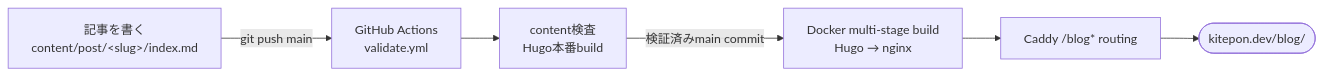
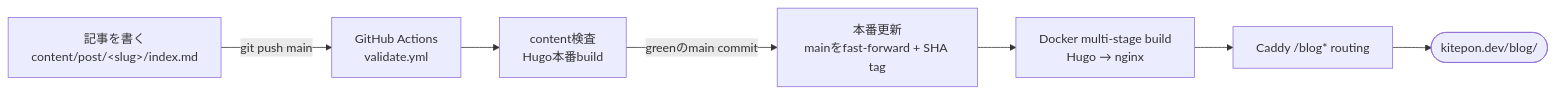
One commit to kitepon-rgb/WebAICoding changed the diagram in README.ja.md. Above: the diagram before and after it, drawn with Mermaid. The commit also changed other lines of this file and 10 other files, not shown here.

````diff
--- a/README.ja.md
+++ b/README.ja.md
@@ -42,8 +43,9 @@
 ```mermaid
 flowchart LR
     A["記事を書く<br/>content/post/&lt;slug&gt;/index.md"] -->|git push main| B["GitHub Actions<br/>validate.yml"]
     B --> C["content検査<br/>Hugo本番build"]
-    C -->|検証済みmain commit| D["Docker multi-stage build<br/>Hugo → nginx"]
-    D --> E["Caddy /blog* routing"]
-    E --> F(["kitepon.dev/blog/"])
+    C -->|greenのmain commit| D["本番更新<br/>mainをfast-forward + SHA tag"]
+    D --> E["Docker multi-stage build<br/>Hugo → nginx"]
+    E --> F["Caddy /blog* routing"]
+    F --> G(["kitepon.dev/blog/"])
 ```
````
